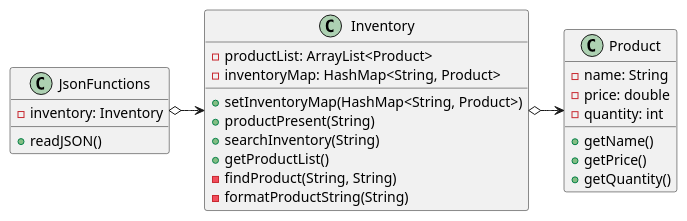
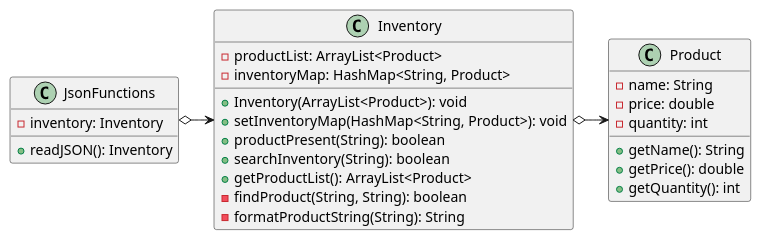
The diagram in src/main/resources/ex44/ProductSearch.puml (ivy-nguyen18/nguyen-cop3330-assignment3), drawn with PlantUML before and after one commit. The commit also changed 7 other files, not shown here.

Commit message:
redo plantUML

```diff
--- a/src/main/resources/ex44/ProductSearch.puml
+++ b/src/main/resources/ex44/ProductSearch.puml
@@ -1,36 +1,37 @@
 @startuml
 'https://plantuml.com/class-diagram
 
 Inventory o-> Product
 JsonFunctions o-> Inventory
 
 class JsonFunctions{
     - inventory: Inventory
 
-    + readJSON()
+    + readJSON(): Inventory
 }
 
 class Inventory{
     - productList: ArrayList<Product>
     - inventoryMap: HashMap<String, Product>
 
-    + setInventoryMap(HashMap<String, Product>)
-    + productPresent(String)
-    + searchInventory(String)
-    + getProductList()
-    - findProduct(String, String)
-    - formatProductString(String)
+    + Inventory(ArrayList<Product>): void
+    + setInventoryMap(HashMap<String, Product>): void
+    + productPresent(String): boolean
+    + searchInventory(String): boolean
+    + getProductList(): ArrayList<Product>
+    - findProduct(String, String): boolean
+    - formatProductString(String): String
 }
 
 class Product{
     - name: String
     - price: double
     - quantity: int
 
-    + getName()
-    + getPrice()
-    + getQuantity()
+    + getName(): String
+    + getPrice(): double
+    + getQuantity(): int
 }
 
 
 @enduml
```
